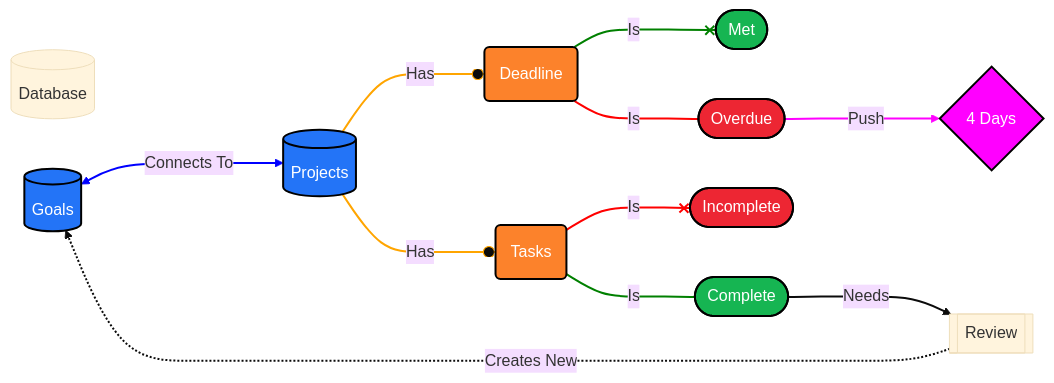
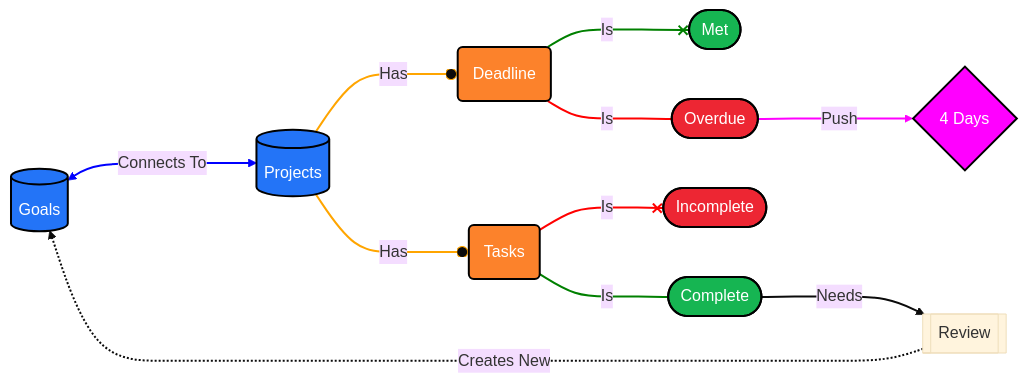
Before and after one commit to uwspstar/From-Zero-to-Hero: the first of 2 diagrams in DevTools/Mermaid Diagram Example.md, drawn with Mermaid (base theme). The commit also changed other lines of this file, not shown here.

Commit message:
Update Mermaid Diagram Example.md

````diff
--- a/DevTools/Mermaid Diagram Example.md
+++ b/DevTools/Mermaid Diagram Example.md
@@ -3,46 +3,43 @@
 ```mermaid
 flowchart LR
-
-%% Components %%
-DB[(Database)]
 
 %% Colors %%
 linkStyle default stroke-width:2px
 classDef blue fill:#2374f7,stroke:#000,stroke-width:2px,color:#fff
 classDef orange fill:#fc822b,stroke:#000,stroke-width:2px,color:#fff
 classDef green fill:#16b552,stroke:#000,stroke-width:2px,color:#fff
 classDef red fill:#ed2633,stroke:#000,stroke-width:2px,color:#fff
 classDef magenta fill:magenta,stroke:#000,stroke-width:2px,color:#fff
 
 %% Goals Database%
 %% 0 %%
 G[(Goals)]:::blue <===> |Connects To| P[(Projects)]:::blue
 
 %% Projects Database %%
 %% Deadline %%
 %% 1,2,3,4 %%
 P ---o |Has| PD(Deadline):::orange
 PD ---x |Is| MT([Met]):::green
 PD ---- |Is| OV([Overdue]):::red ---> |Push| FOV{4 Days}:::magenta
 
 %% Tasks %%
 %% 5,6,7,8 %%
 P ---o |Has| PT(Tasks):::orange
 PT ---x |Is| IC([Incomplete]):::red
 PT ---- |Is| C([Complete]):::green
 C ---> |Needs| R[[Review]]
 
 %% Review %%
 %% 9 %%
 R -..-> |Creates New| G
 
 %% Link Colors %%
 linkStyle 0 stroke:blue
 linkStyle 1,5 stroke:orange
 linkStyle 2,7 stroke:green
 linkStyle 3,6 stroke:red
 linkStyle 4 stroke:magenta
 
 %% Clickable Links %%
 click P "https://www.notion.so/redgregory/db9274f912e1400a895d51030bc7e680?v=2764569801174438898a704b66599c22"
 ```
````
